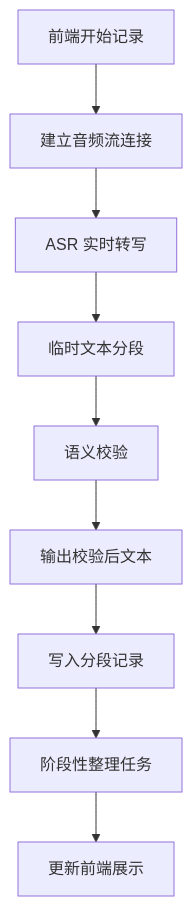
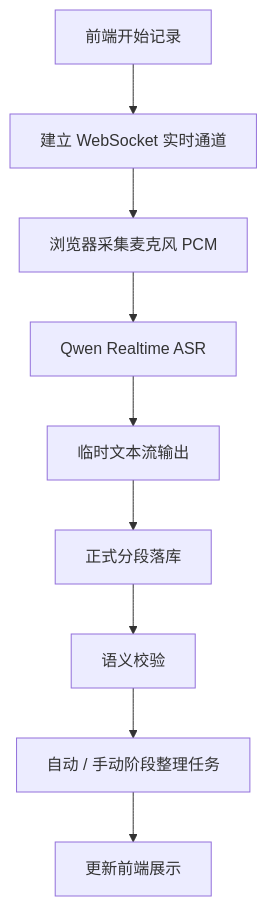
Before and after one commit to Jarodlan/poweragent-presales-platform: the second of 3 diagrams in 项目文档/02-技术设计/客户需求分析智能体_技术设计稿.md, drawn with Mermaid. The commit also changed other lines of this file and 13 other files, not shown here.

````diff
--- a/项目文档/02-技术设计/客户需求分析智能体_技术设计稿.md
+++ b/项目文档/02-技术设计/客户需求分析智能体_技术设计稿.md
@@ -159,11 +165,11 @@
 ```mermaid
 flowchart TD
-    A["前端开始记录"] --> B["建立音频流连接"]
-    B --> C["ASR 实时转写"]
-    C --> D["临时文本分段"]
-    D --> E["语义校验"]
-    E --> F["输出校验后文本"]
-    F --> G["写入分段记录"]
-    G --> H["阶段性整理任务"]
+    A["前端开始记录"] --> B["建立 WebSocket 实时通道"]
+    B --> C["浏览器采集麦克风 PCM"]
+    C --> D["Qwen Realtime ASR"]
+    D --> E["临时文本流输出"]
+    E --> F["正式分段落库"]
+    F --> G["语义校验"]
+    G --> H["自动 / 手动阶段整理任务"]
     H --> I["更新前端展示"]
 ```
````
